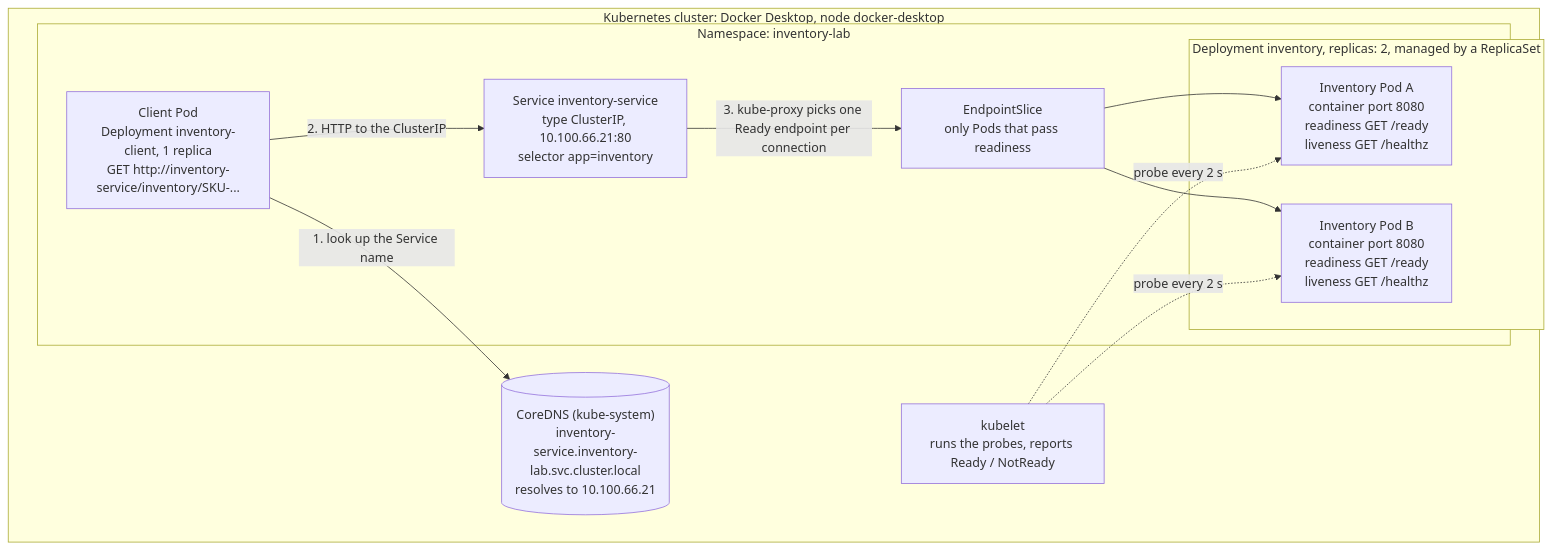
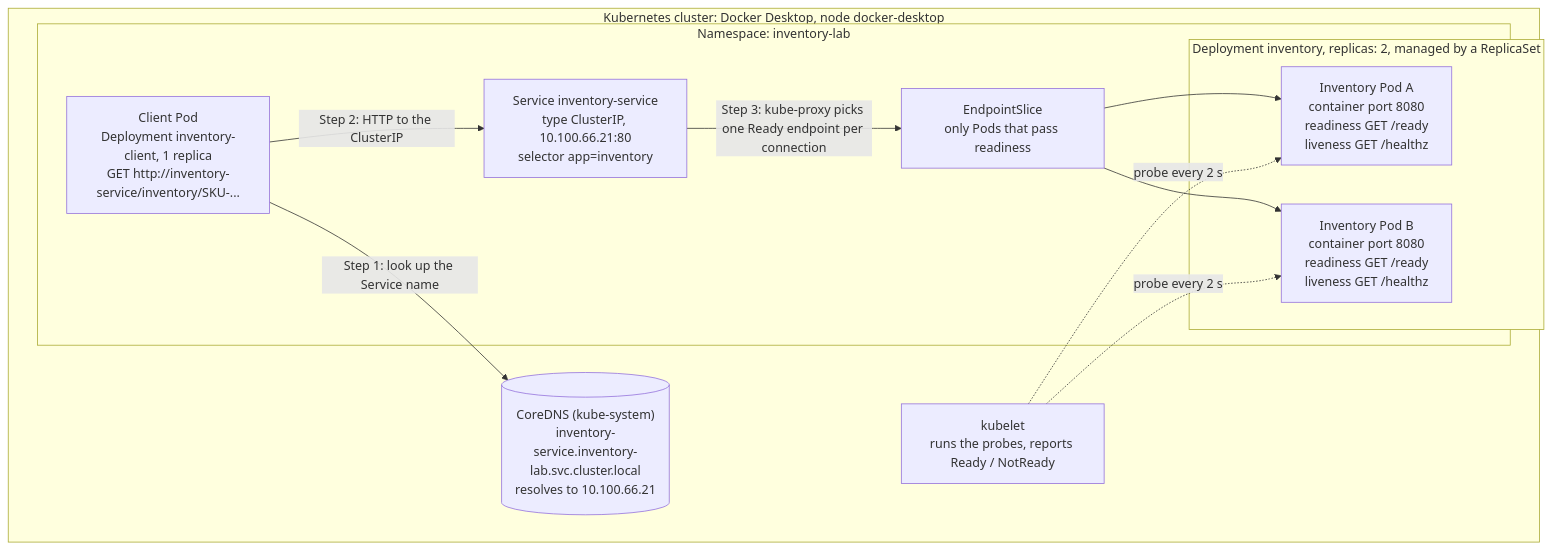
Before and after one commit to juileegiramkar/Module-6-Assignment-Service-Discovery-Readiness-Recovery: the diagram in README.md, drawn with Mermaid.

Commit message:
Fix architecture diagram labels so GitHub renders the Mermaid chart

````diff
--- a/README.md
+++ b/README.md
@@ -60,24 +60,24 @@
 ```mermaid
 flowchart TB
     subgraph cluster["Kubernetes cluster: Docker Desktop, node docker-desktop"]
         dns[("CoreDNS (kube-system)<br/>inventory-service.inventory-lab.svc.cluster.local<br/>resolves to 10.100.66.21")]
         subgraph ns["Namespace: inventory-lab"]
             client["Client Pod<br/>Deployment inventory-client, 1 replica<br/>GET http://inventory-service/inventory/SKU-..."]
             svc["Service inventory-service<br/>type ClusterIP, 10.100.66.21:80<br/>selector app=inventory"]
             eps["EndpointSlice<br/>only Pods that pass readiness"]
             subgraph dep["Deployment inventory, replicas: 2, managed by a ReplicaSet"]
                 podA["Inventory Pod A<br/>container port 8080<br/>readiness GET /ready<br/>liveness GET /healthz"]
                 podB["Inventory Pod B<br/>container port 8080<br/>readiness GET /ready<br/>liveness GET /healthz"]
             end
         end
         kubelet["kubelet<br/>runs the probes, reports Ready / NotReady"]
     end
 
-    client -- "1. look up the Service name" --> dns
-    client -- "2. HTTP to the ClusterIP" --> svc
-    svc -- "3. kube-proxy picks one Ready endpoint per connection" --> eps
+    client -- "Step 1: look up the Service name" --> dns
+    client -- "Step 2: HTTP to the ClusterIP" --> svc
+    svc -- "Step 3: kube-proxy picks one Ready endpoint per connection" --> eps
     eps --> podA
     eps --> podB
     kubelet -. "probe every 2 s" .-> podA
     kubelet -. "probe every 2 s" .-> podB
 ```
````
